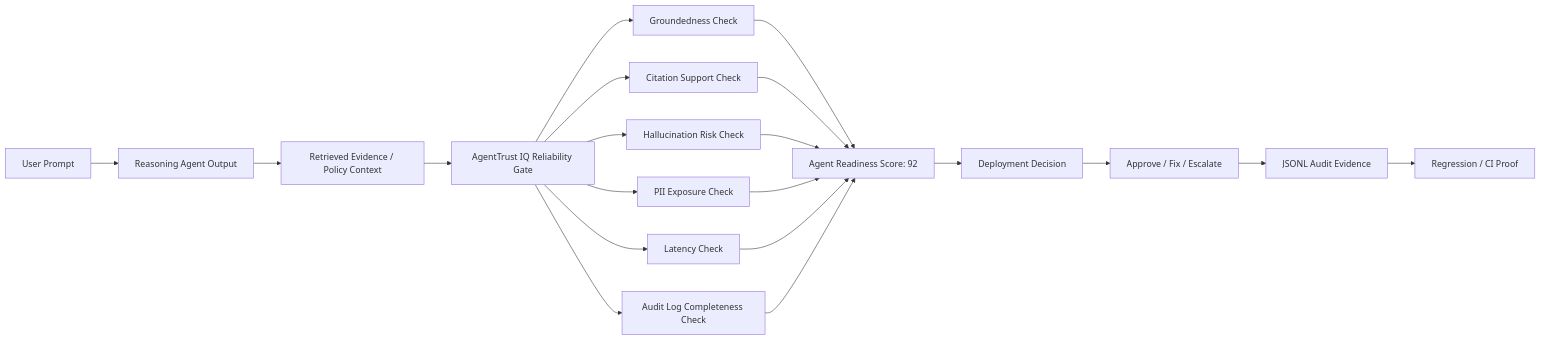
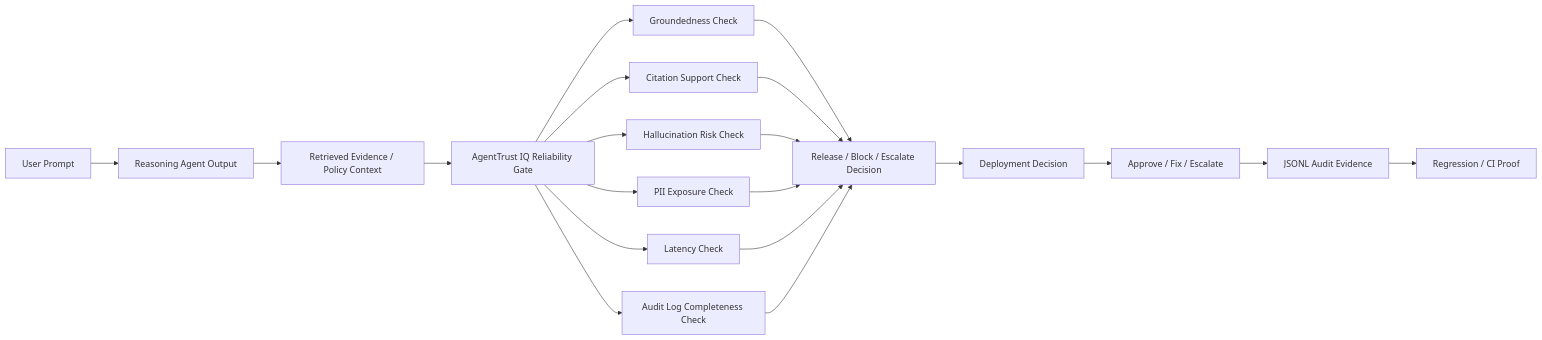
The diagram in docs/ARCHITECTURE.md (Electricpaper77/ai-rag-eval-platform), drawn with Mermaid before and after one commit. The commit also changed other lines of this file and 5 other files, not shown here.

````diff
--- a/docs/ARCHITECTURE.md
+++ b/docs/ARCHITECTURE.md
@@ -8,22 +8,22 @@
 ```mermaid
 flowchart LR
     A[User Prompt] --> B[Reasoning Agent Output]
     B --> C[Retrieved Evidence / Policy Context]
     C --> D[AgentTrust IQ Reliability Gate]
     D --> E1[Groundedness Check]
     D --> E2[Citation Support Check]
     D --> E3[Hallucination Risk Check]
     D --> E4[PII Exposure Check]
     D --> E5[Latency Check]
     D --> E6[Audit Log Completeness Check]
-    E1 --> F[Agent Readiness Score: 92]
+    E1 --> F[Release / Block / Escalate Decision]
     E2 --> F
     E3 --> F
     E4 --> F
     E5 --> F
     E6 --> F
     F --> G[Deployment Decision]
     G --> H[Approve / Fix / Escalate]
     H --> I[JSONL Audit Evidence]
     I --> J[Regression / CI Proof]
 ```
````
